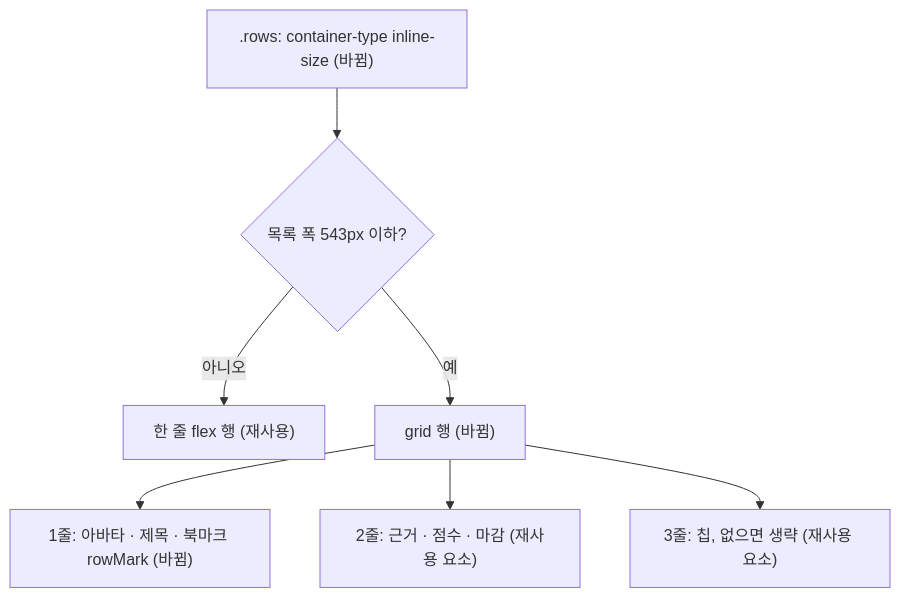
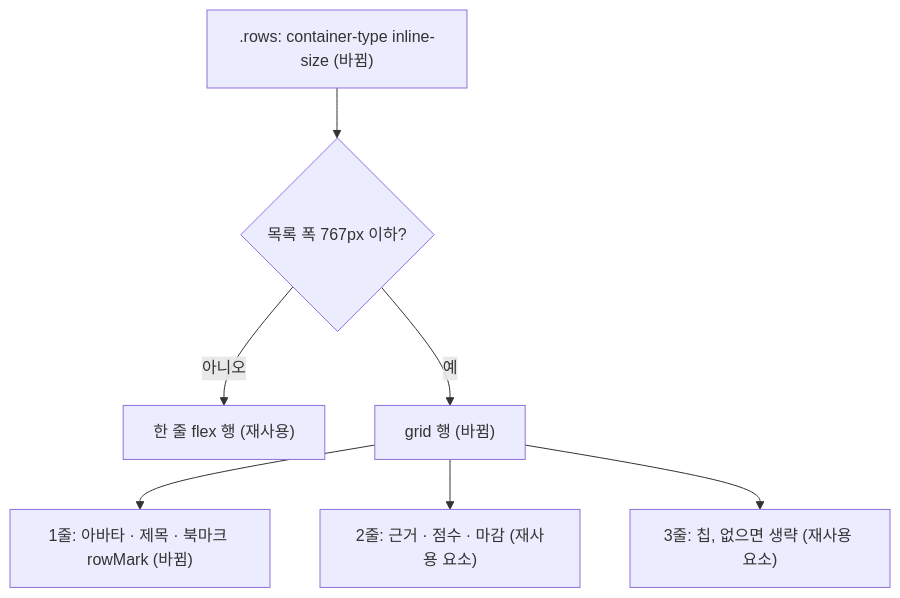
The diagram in .intent/spec_job-row-narrow-layout.md (Expresso-Organization/expresso), drawn with Mermaid before and after one commit. The commit also changed other lines of this file and 4 other files, not shown here.

````diff
--- a/.intent/spec_job-row-narrow-layout.md
+++ b/.intent/spec_job-row-narrow-layout.md
@@ -30,9 +30,9 @@
 ```mermaid
 flowchart TD
-  Rows[".rows: container-type inline-size (바뀜)"] --> Q{"목록 폭 543px 이하?"}
+  Rows[".rows: container-type inline-size (바뀜)"] --> Q{"목록 폭 767px 이하?"}
   Q -- "아니오" --> Flex["한 줄 flex 행 (재사용)"]
   Q -- "예" --> Grid["grid 행 (바뀜)"]
   Grid --> L1["1줄: 아바타 · 제목 · 북마크 rowMark (바뀜)"]
   Grid --> L2["2줄: 근거 · 점수 · 마감 (재사용 요소)"]
   Grid --> L3["3줄: 칩, 없으면 생략 (재사용 요소)"]
 ```
````
